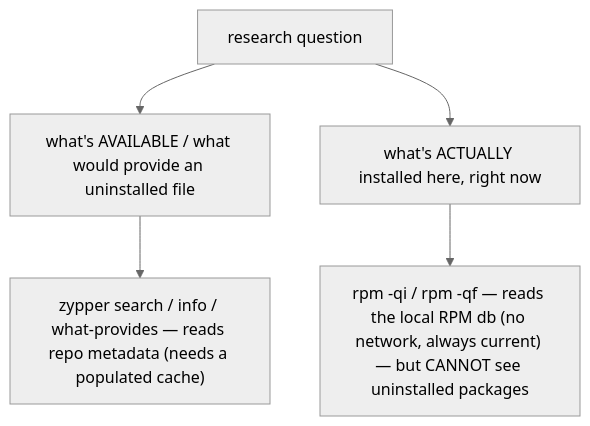
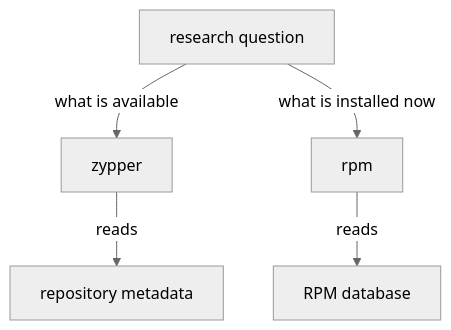
One commit to astrona-io/ATS002 changed the diagram in sections/section-070/module-02/course-02-installed-only-and-rpm-fallback.md. Above: the diagram before and after it, drawn with Mermaid (neutral theme). The commit also changed other lines of this file and 615 other files, not shown here.

````diff
--- a/sections/section-070/module-02/course-02-installed-only-and-rpm-fallback.md
+++ b/sections/section-070/module-02/course-02-installed-only-and-rpm-fallback.md
@@ -34,7 +46,7 @@
 ```mermaid
-flowchart TD
-    Q["research question"] --> A["what's AVAILABLE / what would provide an uninstalled file"]
-    Q --> B["what's ACTUALLY installed here, right now"]
-    A --> Z["zypper search / info / what-provides — reads repo metadata (needs a populated cache)"]
-    B --> R["rpm -qi / rpm -qf — reads the local RPM db (no network, always current) — but CANNOT see uninstalled packages"]
+flowchart TB
+    Q["research question"] -->|"what is available"| Z["zypper"]
+    Q -->|"what is installed now"| R["rpm"]
+    Z -->|"reads"| M["repository metadata"]
+    R -->|"reads"| D["RPM database"]
 ```
````
